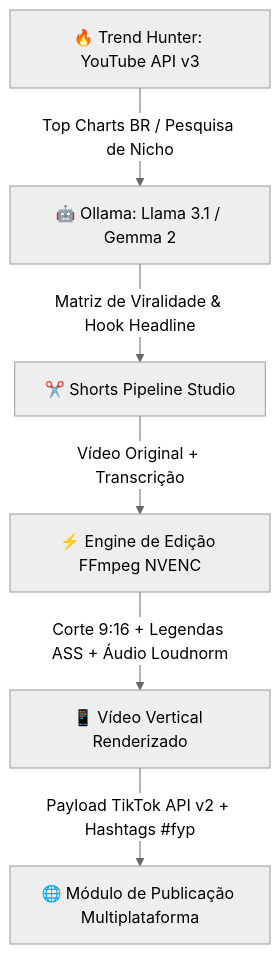
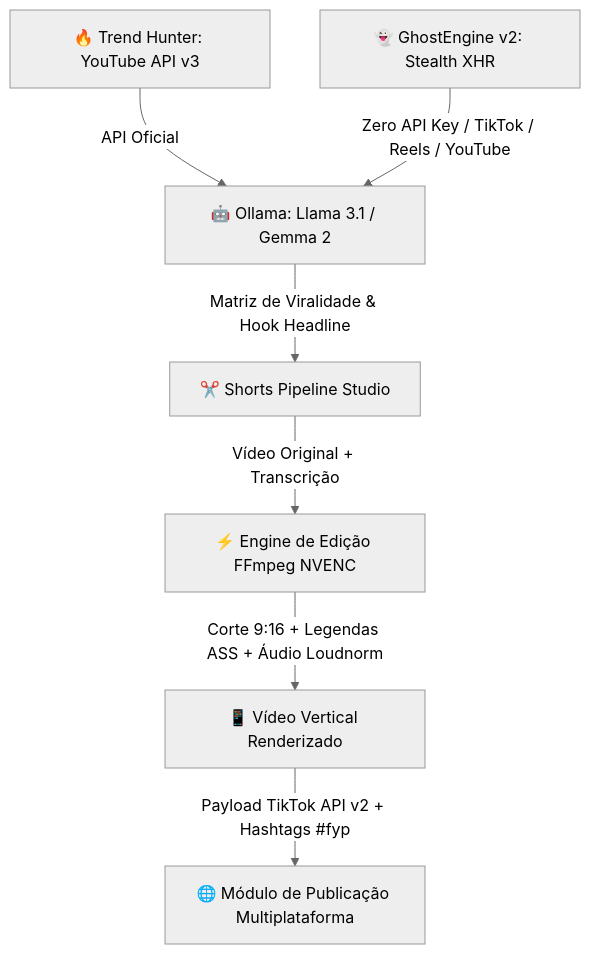
The diagram in README.md (Emanuel565/limbo-ai), drawn with Mermaid (neutral theme) before and after one commit. The commit also changed other lines of this file and 10 other files, not shown here.

````diff
--- a/README.md
+++ b/README.md
@@ -13,8 +13,9 @@
 ```mermaid
 flowchart TD
-    A[🔥 Trend Hunter: YouTube API v3] -->|Top Charts BR / Pesquisa de Nicho| B[🤖 Ollama: Llama 3.1 / Gemma 2]
+    A1[🔥 Trend Hunter: YouTube API v3] -->|API Oficial| B[🤖 Ollama: Llama 3.1 / Gemma 2]
+    A2[👻 GhostEngine v2: Stealth XHR] -->|Zero API Key / TikTok / Reels / YouTube| B
     B -->|Matriz de Viralidade & Hook Headline| C[✂️ Shorts Pipeline Studio]
     C -->|Vídeo Original + Transcrição| D[⚡ Engine de Edição FFmpeg NVENC]
     D -->|Corte 9:16 + Legendas ASS + Áudio Loudnorm| E[📱 Vídeo Vertical Renderizado]
     E -->|Payload TikTok API v2 + Hashtags #fyp| F[🌐 Módulo de Publicação Multiplataforma]
 ```
````
